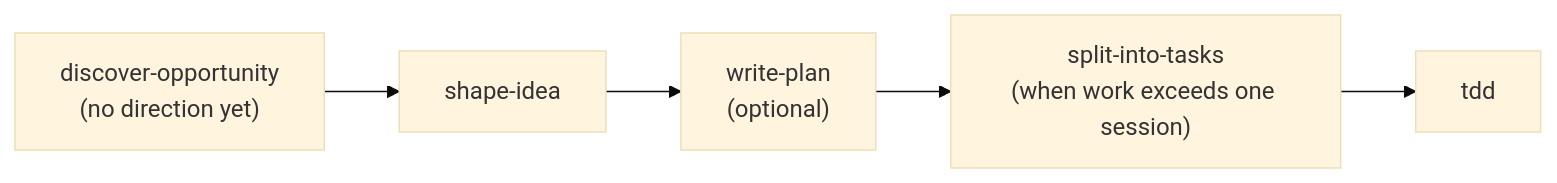
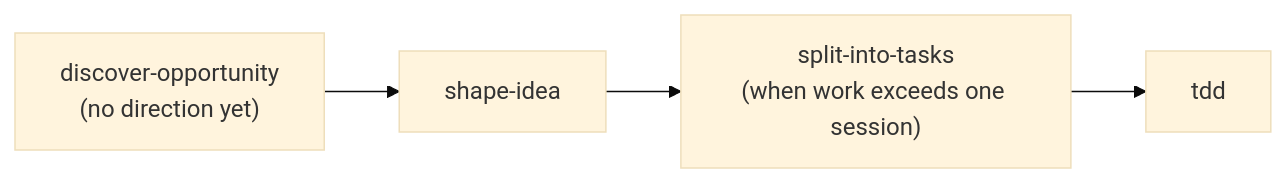
The diagram in README.md (toy-crane/skills), drawn with Mermaid (base theme) before and after one commit. The commit also changed other lines of this file and 13 other files, not shown here.

````diff
--- a/README.md
+++ b/README.md
@@ -46,7 +46,6 @@
 ```mermaid
 flowchart LR
     DO["discover-opportunity<br/>(no direction yet)"] --> SI[shape-idea]
-    SI --> WP["write-plan<br/>(optional)"]
-    WP --> ST["split-into-tasks<br/>(when work exceeds one session)"]
+    SI --> ST["split-into-tasks<br/>(when work exceeds one session)"]
     ST --> TDD[tdd]
 ```
````
